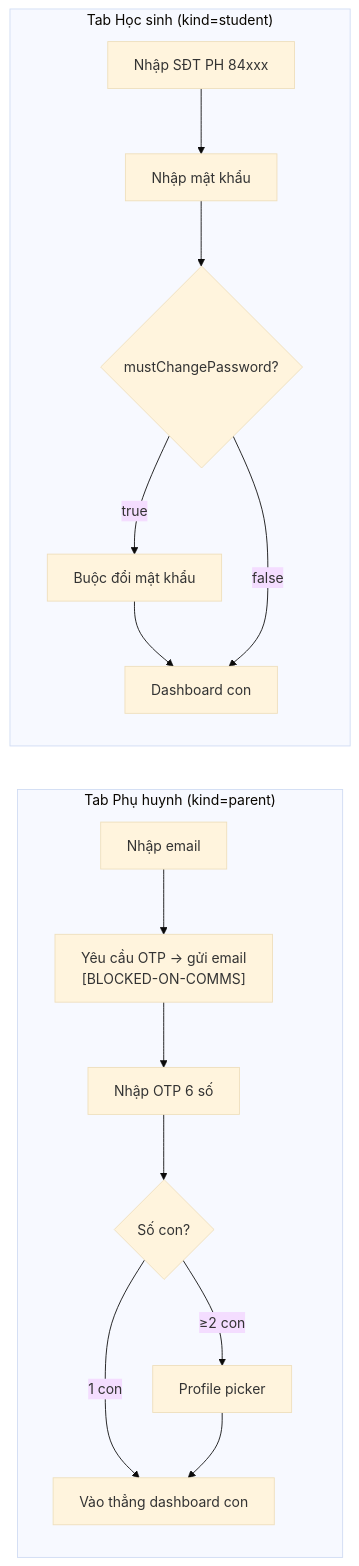
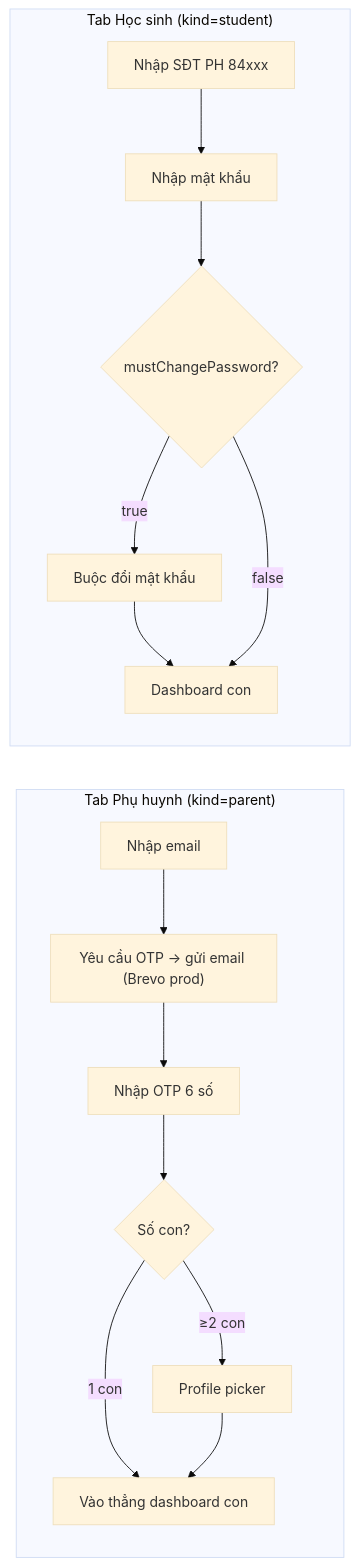
The seventh of 9 diagrams in docs/24-workflow-spec-p1.md (manhquydev/cmc_edu), drawn with Mermaid (base theme) before and after one commit. The commit also changed other lines of this file and 15 other files, not shown here.

````diff
--- a/docs/24-workflow-spec-p1.md
+++ b/docs/24-workflow-spec-p1.md
@@ -189,15 +189,15 @@
 ```mermaid
 flowchart LR
     subgraph PH["Tab Phụ huynh (kind=parent)"]
-        A1["Nhập email"] --> B1["Yêu cầu OTP → gửi email\n[BLOCKED-ON-COMMS]"]
+        A1["Nhập email"] --> B1["Yêu cầu OTP → gửi email (Brevo prod)"]
         B1 --> C1["Nhập OTP 6 số"] --> D1{"Số con?"}
         D1 -->|1 con| E1["Vào thẳng dashboard con"]
         D1 -->|≥2 con| F1["Profile picker"] --> E1
     end
     subgraph HS["Tab Học sinh (kind=student)"]
         A2["Nhập SĐT PH 84xxx"] --> B2["Nhập mật khẩu"]
         B2 --> C2{"mustChangePassword?"}
         C2 -->|true| D2["Buộc đổi mật khẩu"] --> E2["Dashboard con"]
         C2 -->|false| E2
     end
 ```
````
